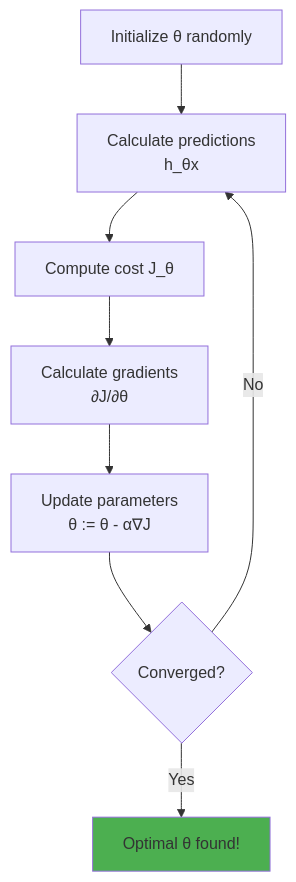
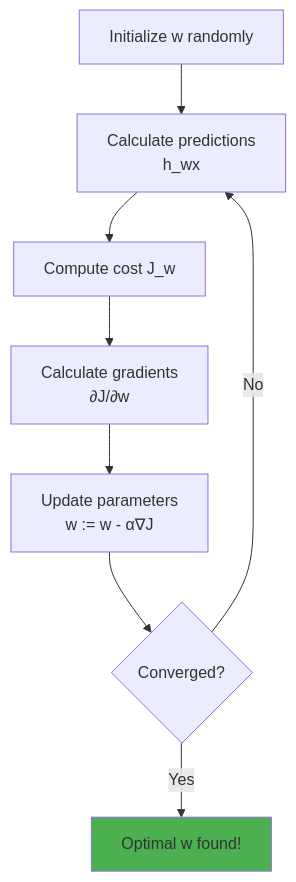
The third of 5 diagrams in linear&logestic_regression.md (BDWiii/AI-Curriculum), drawn with Mermaid before and after one commit. The commit also changed other lines of this file and 3 other files, not shown here.

````diff
--- a/linear&logestic_regression.md
+++ b/linear&logestic_regression.md
@@ -161,12 +161,12 @@
 ```mermaid
 graph TD
-    A[Initialize θ randomly] --> B[Calculate predictions<br/>h_θx]
-    B --> C[Compute cost J_θ]
-    C --> D[Calculate gradients<br/>∂J/∂θ]
-    D --> E[Update parameters<br/>θ := θ - α∇J]
+    A[Initialize w randomly] --> B[Calculate predictions<br/>h_wx]
+    B --> C[Compute cost J_w]
+    C --> D[Calculate gradients<br/>∂J/∂w]
+    D --> E[Update parameters<br/>w := w - α∇J]
     E --> F{Converged?}
     F -->|No| B
-    F -->|Yes| G[Optimal θ found!]
+    F -->|Yes| G[Optimal w found!]
     
     style G fill:#4CAF50
 ```
````
